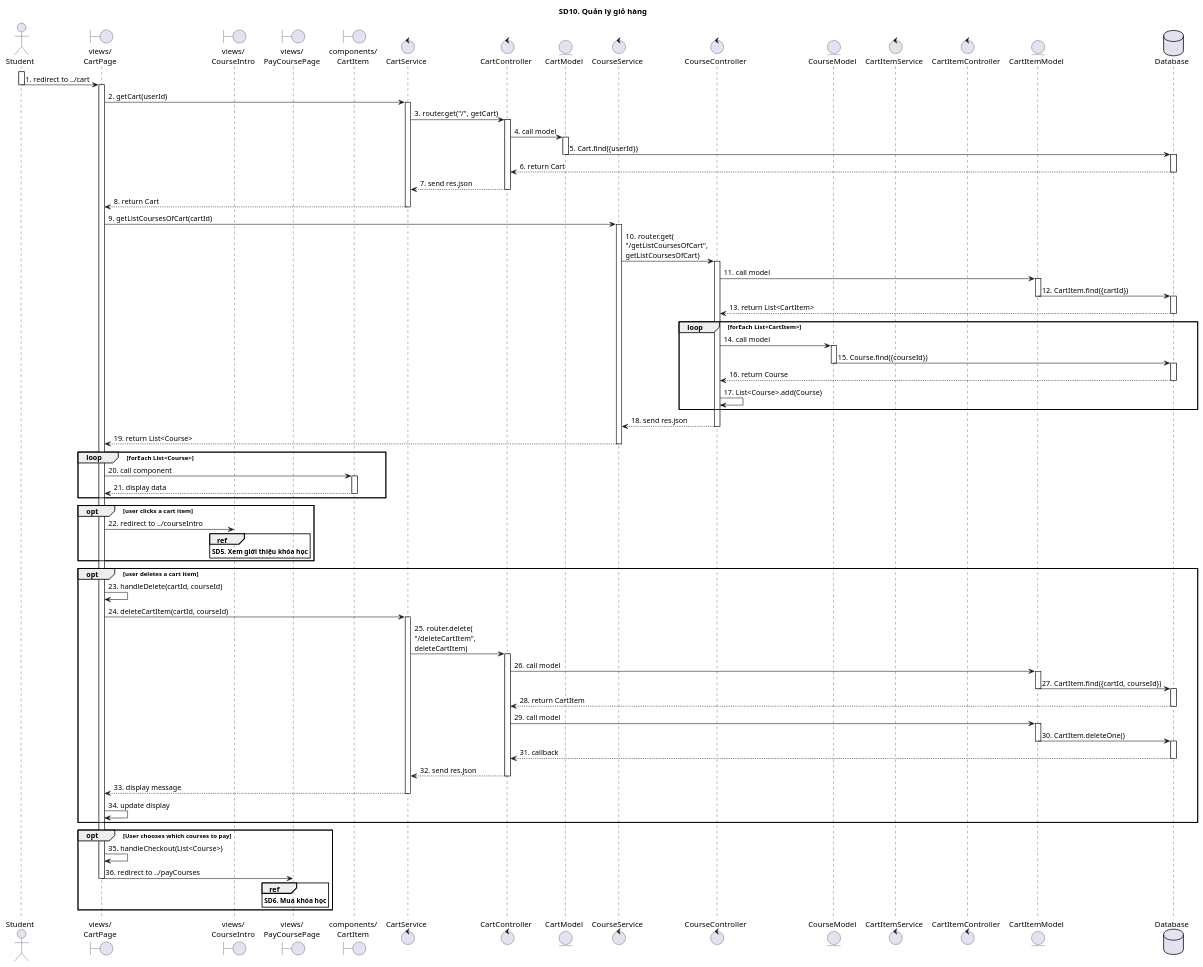
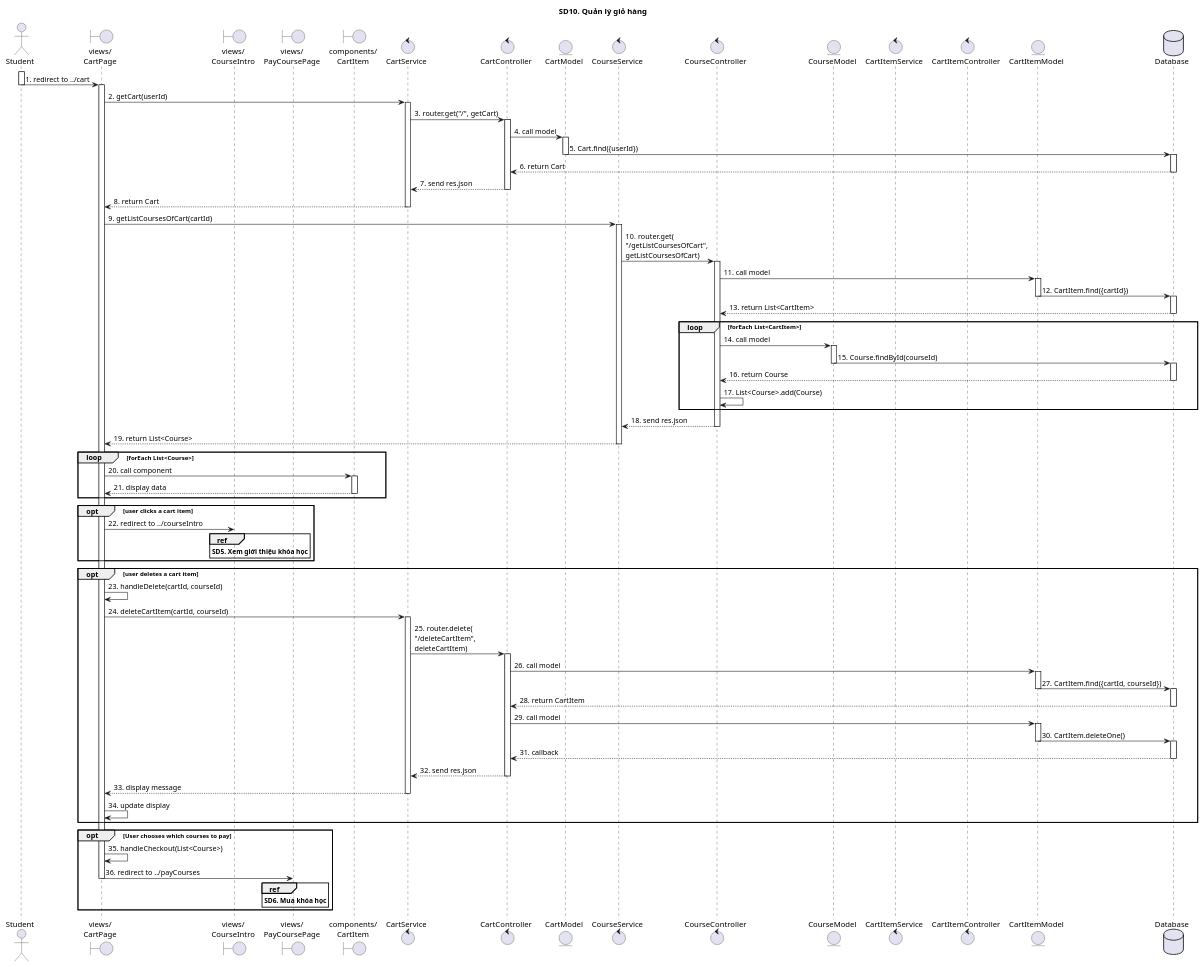
Before and after one commit to The-Cookies-Team/UML-Diagrams: the diagram in SequenceDiagrams/CNPMHDT/sd10.puml, drawn with PlantUML. The commit also changed 2 other files, not shown here.

```diff
--- a/SequenceDiagrams/CNPMHDT/sd10.puml
+++ b/SequenceDiagrams/CNPMHDT/sd10.puml
@@ -1,122 +1,122 @@
 @startuml
 
 title SD10. Quản lý giỏ hàng
 
 actor "Student" as Actor
 boundary "views/\nCartPage" as CartPage
 boundary "views/\nCourseIntro" as CourseIntro
 boundary "views/\nPayCoursePage" as PayCourse
 boundary "components/\nCartItem" as CartItem
 control "CartService"
 control "CartController"
 entity "CartModel"
 control "CourseService"
 control "CourseController"
 entity "CourseModel"
 control "CartItemService"
 control "CartItemController"
 entity "CartItemModel"
 database "Database" as Database
 
 activate Actor
 Actor -> CartPage: 1. redirect to ../cart
 deactivate Actor
 
 activate CartPage
 CartPage -> CartService: 2. getCart(userId)
 activate CartService
 CartService -> CartController: 3. router.get("/", getCart)
 activate CartController
 CartController -> CartModel: 4. call model
 activate CartModel
 CartModel -> Database: 5. Cart.find({userId})
 deactivate CartModel
 activate Database
 Database --> CartController: 6. return Cart
 deactivate Database
 CartController --> CartService: 7. send res.json
 deactivate CartController
 CartService --> CartPage: 8. return Cart
 deactivate CartService
 CartPage -> CourseService: 9. getListCoursesOfCart(cartId)
 activate CourseService
 CourseService -> CourseController: 10. router.get(\n"/getListCoursesOfCart",\ngetListCoursesOfCart)
 activate CourseController
 CourseController -> CartItemModel: 11. call model
 activate CartItemModel
 CartItemModel -> Database: 12. CartItem.find({cartId})
 deactivate CartItemModel
 activate Database
 Database --> CourseController: 13. return List<CartItem>
 deactivate Database
 loop forEach List<CartItem>
 CourseController -> CourseModel: 14. call model
 activate CourseModel
-CourseModel -> Database: 15. Course.find({courseId})
+CourseModel -> Database: 15. Course.findById(courseId)
 deactivate CourseModel
 activate Database
 deactivate CourseModel
 Database --> CourseController: 16. return Course
 deactivate Database
 CourseController -> CourseController: 17. List<Course>.add(Course)
 end
 CourseController --> CourseService: 18. send res.json
 deactivate CourseController
 CourseService --> CartPage: 19. return List<Course>
 deactivate CourseService
 
 loop forEach List<Course>
 
 CartPage -> CartItem: 20. call component
 
 activate CartItem
 CartItem --> CartPage: 21. display data
 deactivate CartItem
 
 end
 
 opt user clicks a cart item
 CartPage -> CourseIntro: 22. redirect to ../courseIntro
 ref over CourseIntro
 **SD5. Xem giới thiệu khóa học**
 end ref
 end group
 
 opt user deletes a cart item
 CartPage -> CartPage: 23. handleDelete(cartId, courseId)
 CartPage -> CartService: 24. deleteCartItem(cartId, courseId)
 activate CartService
 CartService -> CartController: 25. router.delete(\n"/deleteCartItem",\ndeleteCartItem)
 activate CartController
 CartController -> CartItemModel: 26. call model
 activate CartItemModel
 CartItemModel -> Database: 27. CartItem.find({cartId, courseId})
 deactivate CartItemModel
 activate Database
 Database --> CartController: 28. return CartItem
 deactivate Database
 CartController -> CartItemModel: 29. call model
 activate CartItemModel
 CartItemModel -> Database: 30. CartItem.deleteOne()
 deactivate CartItemModel
 activate Database
 Database --> CartController: 31. callback
 deactivate Database
 CartController --> CartService: 32. send res.json
 deactivate CartController
 CartService --> CartPage: 33. display message
 deactivate CartService
 CartPage -> CartPage: 34. update display
 end
 
 opt User chooses which courses to pay
 CartPage -> CartPage: 35. handleCheckout(List<Course>)
 CartPage -> PayCourse: 36. redirect to ../payCourses
 deactivate CartPage
 
 ref over PayCourse
 **SD6. Mua khóa học**
 end ref
 end
 
 @enduml
```
